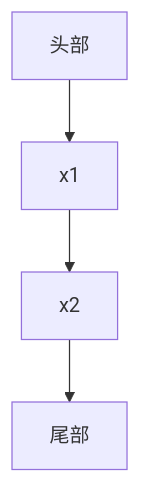
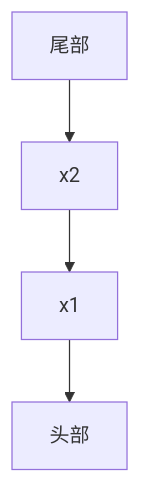
One commit to jinlemon7/learning_Display changed the first of 3 diagrams in Java/Java基础/04.集合.md. Above: the diagram before and after it, drawn with Mermaid. The commit also changed other lines of this file, not shown here.

````diff
--- a/Java/Java基础/04.集合.md
+++ b/Java/Java基础/04.集合.md
@@ -91,6 +91,6 @@
   ```mermaid
   graph TD;
-    头部 --> x1;
-    x1 --> x2;
-    x2 --> 尾部;
+    尾部 --> x2;
+    x2 --> x1;
+    x1 --> 头部;
   ```
````
